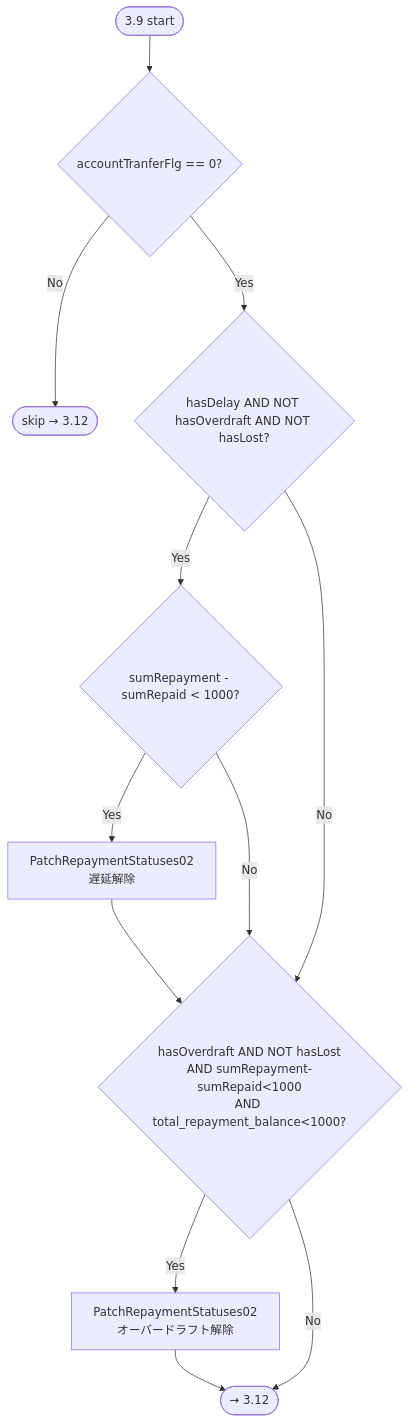
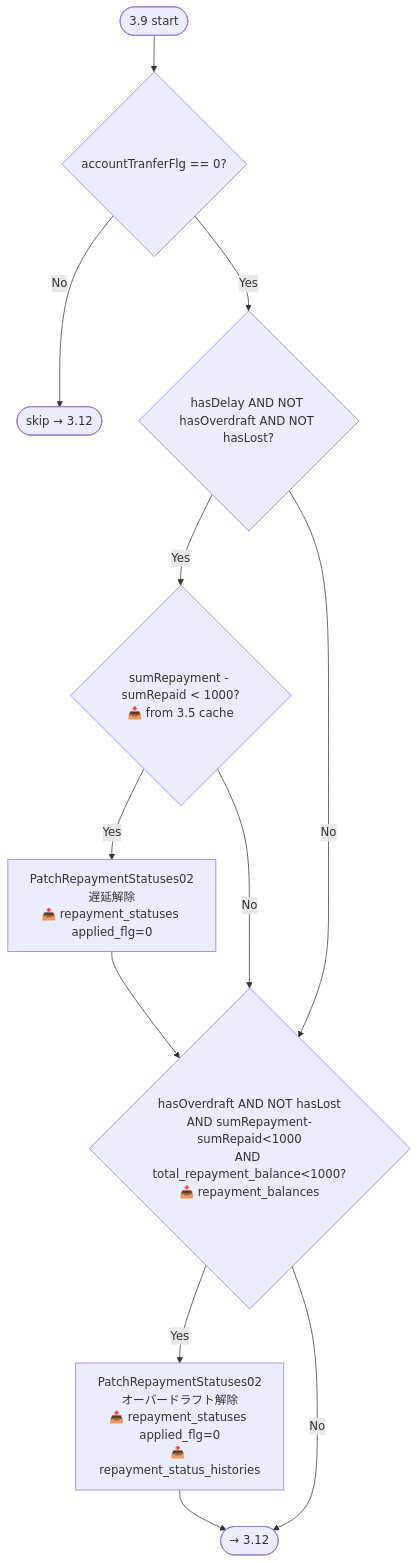
Before and after one commit to tungvv318/git-talk: the sixth of 12 diagrams in README.md, drawn with Mermaid. The commit also changed other lines of this file, not shown here.

````diff
--- a/README.md
+++ b/README.md
@@ -127,14 +131,14 @@
 ```mermaid
 flowchart TD
     Start([3.9 start]) --> AccChk{accountTranferFlg == 0?}
     AccChk -- No --> Skip([skip → 3.12])
     AccChk -- Yes --> Cond1{hasDelay AND NOT hasOverdraft AND NOT hasLost?}
-    Cond1 -- Yes --> C1_Diff{sumRepayment - sumRepaid < 1000?}
-    C1_Diff -- Yes --> Patch1[PatchRepaymentStatuses02<br/>遅延解除]
+    Cond1 -- Yes --> C1_Diff{sumRepayment - sumRepaid < 1000?<br/>📥 from 3.5 cache}
+    C1_Diff -- Yes --> Patch1[PatchRepaymentStatuses02<br/>遅延解除<br/>📤 repayment_statuses applied_flg=0]
     C1_Diff -- No --> Cond2
     Cond1 -- No --> Cond2
-    Patch1 --> Cond2{hasOverdraft AND NOT hasLost<br/>AND sumRepayment-sumRepaid<1000<br/>AND total_repayment_balance<1000?}
-    Cond2 -- Yes --> Patch2[PatchRepaymentStatuses02<br/>オーバードラフト解除]
+    Patch1 --> Cond2{hasOverdraft AND NOT hasLost<br/>AND sumRepayment-sumRepaid<1000<br/>AND total_repayment_balance<1000?<br/>📥 repayment_balances}
+    Cond2 -- Yes --> Patch2[PatchRepaymentStatuses02<br/>オーバードラフト解除<br/>📤 repayment_statuses applied_flg=0<br/>📤 repayment_status_histories]
     Cond2 -- No --> End([→ 3.12])
     Patch2 --> End
 ```
````
